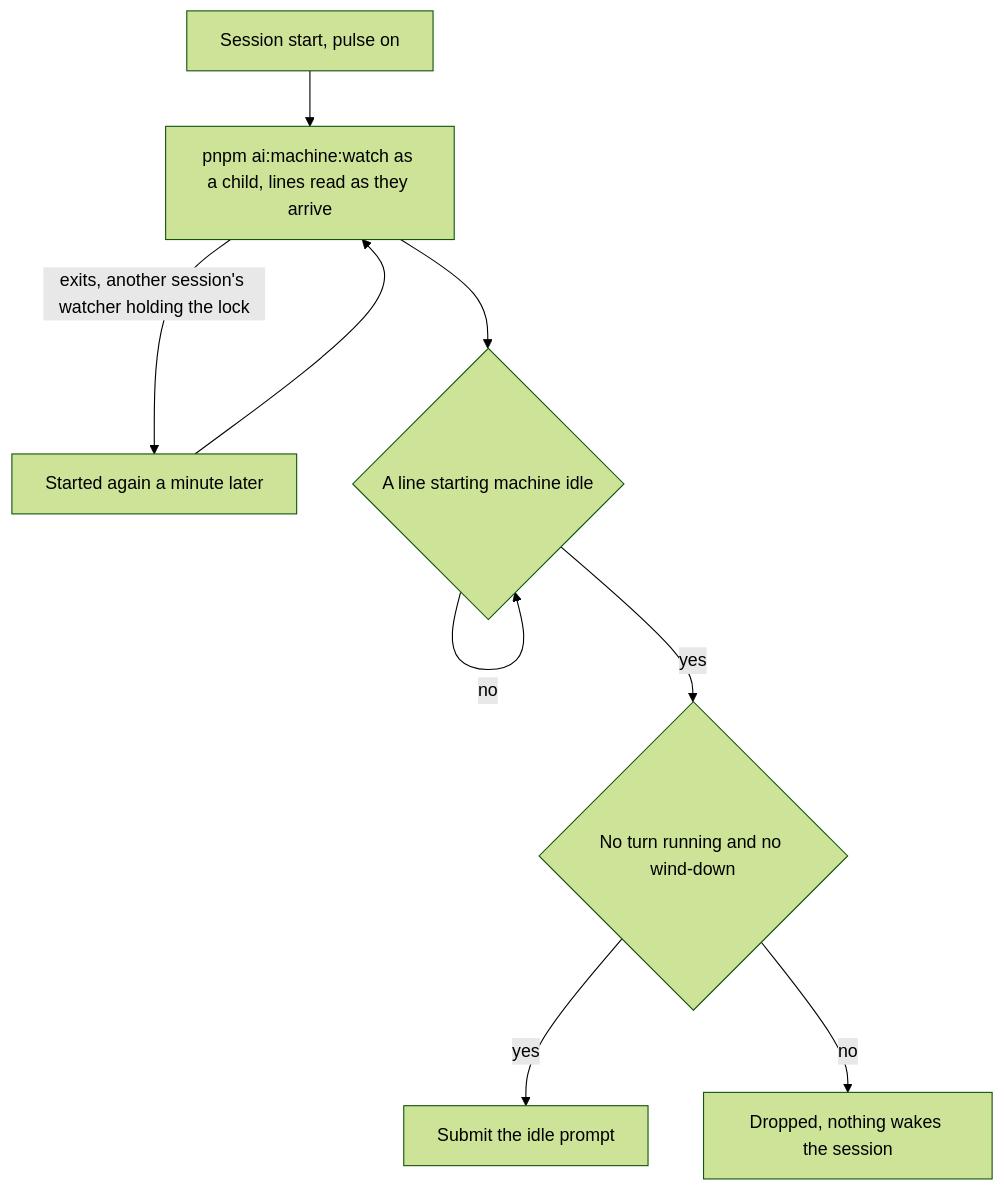
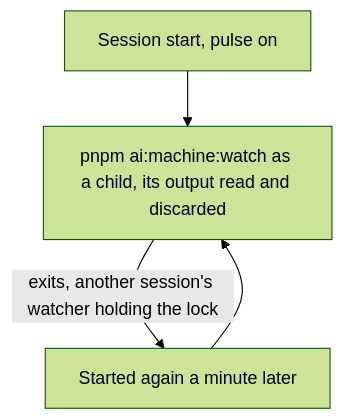
The diagram in apps/web/content/docs/infra/claude-interface/genshin-mods/pulse.md (Esposter/Esposter), drawn with Mermaid (forest theme) before and after one commit. The commit also changed other lines of this file and 43 other files, not shown here.

First line of the commit message:
refactor: the idle wake and ai:fleet:fill are removed

````diff
--- a/apps/web/content/docs/infra/claude-interface/genshin-mods/pulse.md
+++ b/apps/web/content/docs/infra/claude-interface/genshin-mods/pulse.md
@@ -22,11 +16,6 @@
 ```mermaid
 flowchart TD
-  Start["Session start, pulse on"] --> Watch["pnpm ai:machine:watch as a child, lines read as they arrive"]
+  Start["Session start, pulse on"] --> Watch["pnpm ai:machine:watch as a child, its output read and discarded"]
   Watch -->|"exits, another session's watcher holding the lock"| Retry["Started again a minute later"]
   Retry --> Watch
-  Watch --> Line{"A line starting machine idle"}
-  Line -->|no| Line
-  Line -->|yes| Gate{"No turn running and no wind-down"}
-  Gate -->|yes| Wake["Submit the idle prompt"]
-  Gate -->|no| Drop["Dropped, nothing wakes the session"]
 ```
````
